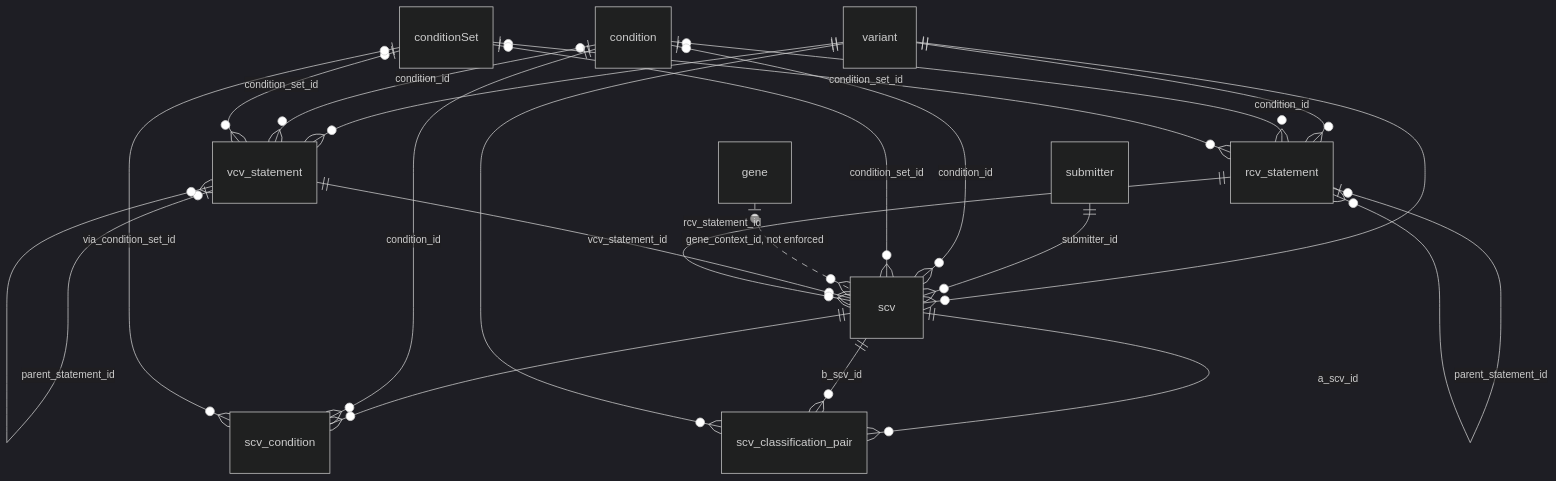
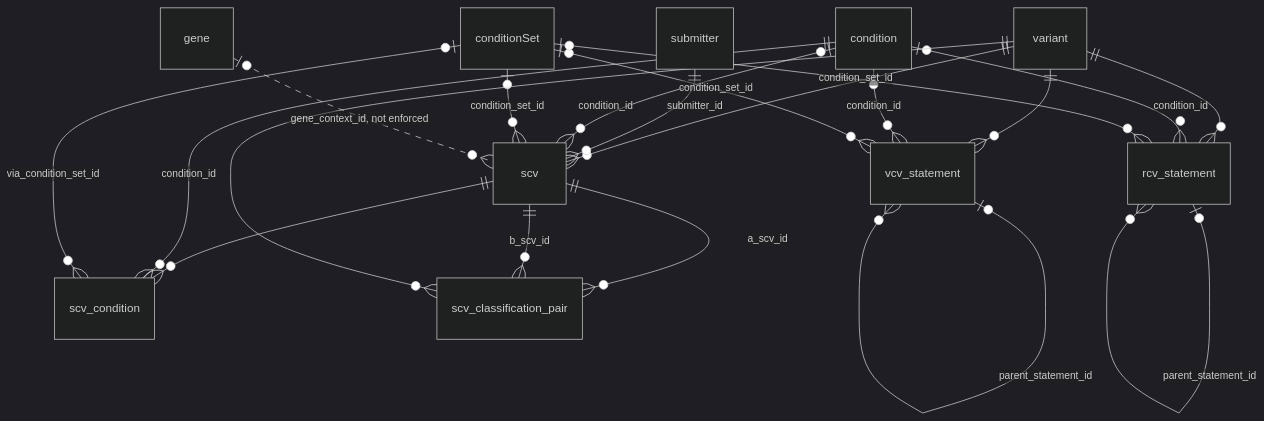
The second of 2 diagrams in docs/schema.md (clingen-data-model/clinvar-gkm-browser), drawn with Mermaid (dark theme) before and after one commit. The commit also changed other lines of this file and 16 other files, not shown here.

First line of the commit message:
SCV: find its VCV and RCV nodes by its columns, not by versioned statement IDs

````diff
--- a/docs/schema.md
+++ b/docs/schema.md
@@ -115,24 +115,22 @@
 ```mermaid
 erDiagram
   variant ||--o{ vcv_statement : ""
   vcv_statement |o--o{ vcv_statement : "parent_statement_id"
   condition |o--o{ vcv_statement : "condition_id"
   conditionSet |o--o{ vcv_statement : "condition_set_id"
   variant ||--o{ rcv_statement : ""
   rcv_statement |o--o{ rcv_statement : "parent_statement_id"
   condition |o--o{ rcv_statement : "condition_id"
   conditionSet |o--o{ rcv_statement : "condition_set_id"
   variant ||--o{ scv : ""
   submitter ||--o{ scv : "submitter_id"
   condition |o--o{ scv : "condition_id"
   conditionSet |o--o{ scv : "condition_set_id"
   gene |o..o{ scv : "gene_context_id, not enforced"
-  vcv_statement ||--o{ scv : "vcv_statement_id"
-  rcv_statement ||--o{ scv : "rcv_statement_id"
   scv ||--o{ scv_condition : ""
   condition ||--o{ scv_condition : "condition_id"
   conditionSet |o--o{ scv_condition : "via_condition_set_id"
   scv ||--o{ scv_classification_pair : "a_scv_id"
   scv ||--o{ scv_classification_pair : "b_scv_id"
   variant ||--o{ scv_classification_pair : ""
 ```
````
